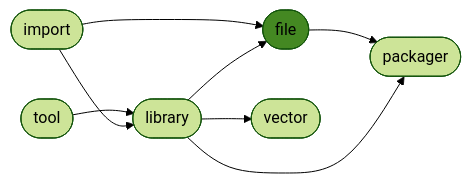
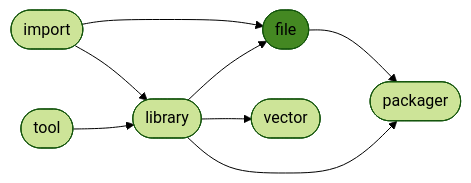
The diagram in README.md (ManderaGeneral/generalfile), drawn with Mermaid (forest theme) before and after one commit. The commit also changed other lines of this file, not shown here.

````diff
--- a/README.md
+++ b/README.md
@@ -24,17 +24,17 @@
 ```mermaid
 flowchart LR
+0([import]) --> 2([library])
+0([import]) --> 3([file])
 1([tool]) --> 2([library])
+2([library]) --> 3([file])
+3([file]) --> 5([packager])
 2([library]) --> 4([vector])
-3([file]) --> 5([packager])
-0([import]) --> 3([file])
-0([import]) --> 2([library])
 2([library]) --> 5([packager])
-2([library]) --> 3([file])
 click 0 "https://github.com/ManderaGeneral/generalimport"
 click 1 "https://github.com/ManderaGeneral/generaltool"
 click 2 "https://github.com/ManderaGeneral/generallibrary"
 click 3 "https://github.com/ManderaGeneral/generalfile"
 click 4 "https://github.com/ManderaGeneral/generalvector"
 click 5 "https://github.com/ManderaGeneral/generalpackager"
 style 3 fill:#482
 ```
````
